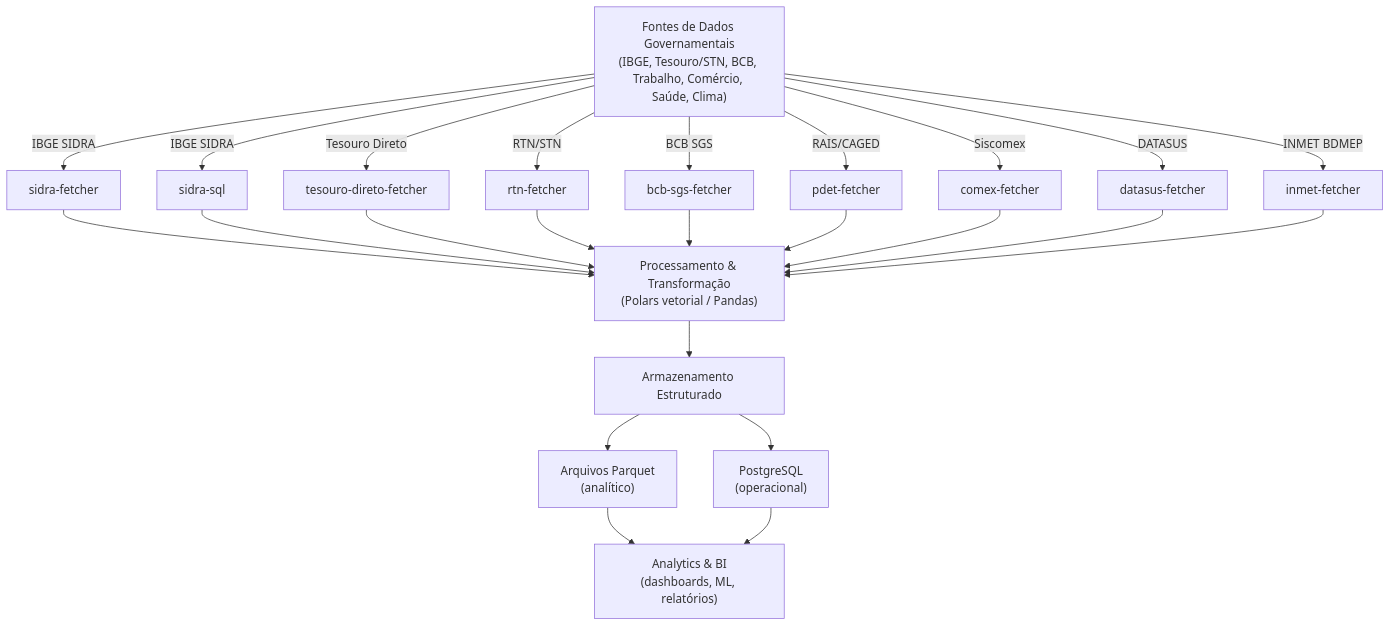
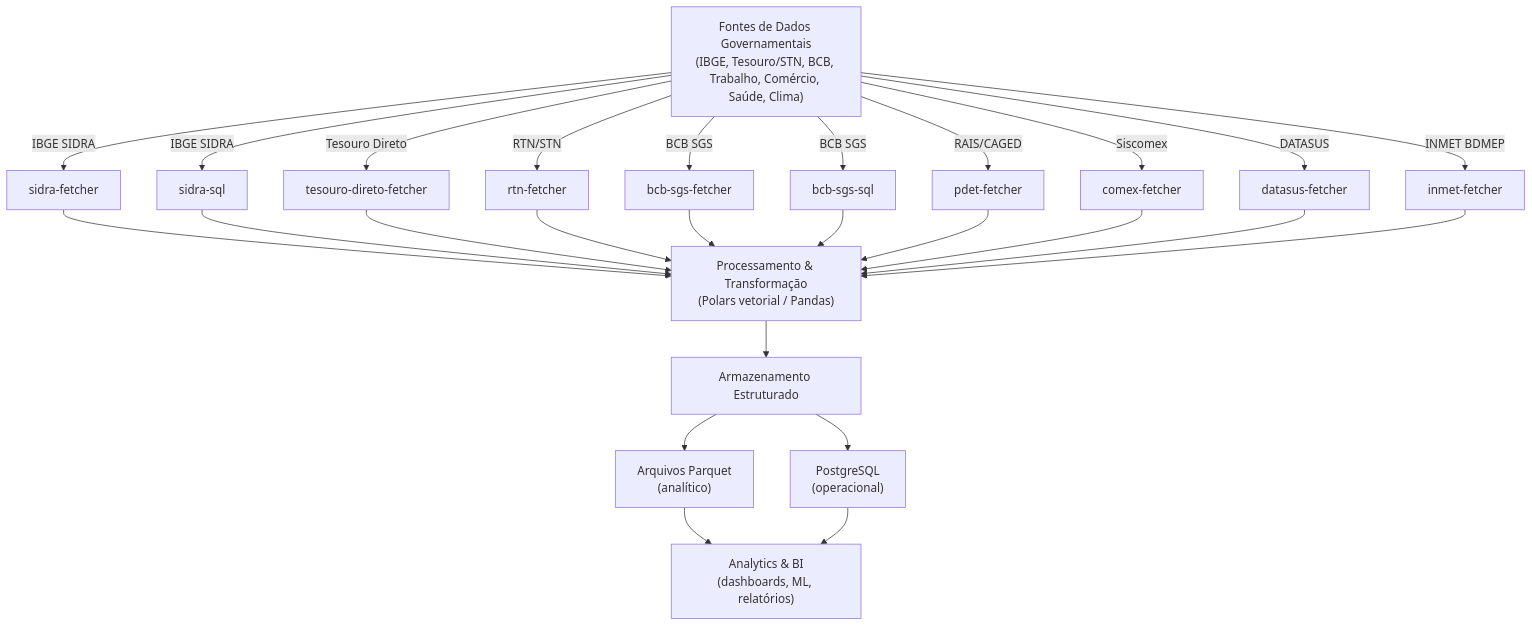
Before and after one commit to Quantilica/docs: the first of 6 diagrams in docs/concepts/arquitetura.md, drawn with Mermaid. The commit also changed other lines of this file and 9 other files, not shown here.

First line of the commit message:
docs: páginas do bcb-sgs-sql + remoção de Parquet do stack BCB

````diff
--- a/docs/concepts/arquitetura.md
+++ b/docs/concepts/arquitetura.md
@@ -7,31 +7,33 @@
 ```mermaid
 graph TD
     Sources["Fontes de Dados Governamentais<br/>(IBGE, Tesouro/STN, BCB, Trabalho, Comércio, Saúde, Clima)"]
 
     Sources -->|IBGE SIDRA| SF["sidra-fetcher"]
     Sources -->|IBGE SIDRA| SQL["sidra-sql"]
     Sources -->|Tesouro Direto| TD["tesouro-direto-fetcher"]
     Sources -->|RTN/STN| RTN["rtn-fetcher"]
     Sources -->|BCB SGS| BCB["bcb-sgs-fetcher"]
+    Sources -->|BCB SGS| BCBSQL["bcb-sgs-sql"]
     Sources -->|RAIS/CAGED| PD["pdet-fetcher"]
     Sources -->|Siscomex| CX["comex-fetcher"]
     Sources -->|DATASUS| DS["datasus-fetcher"]
     Sources -->|INMET BDMEP| IN["inmet-fetcher"]
 
     SF --> Processing["Processamento & Transformação<br/>(Polars vetorial / Pandas)"]
     SQL --> Processing
     TD --> Processing
     RTN --> Processing
     BCB --> Processing
+    BCBSQL --> Processing
     PD --> Processing
     CX --> Processing
     DS --> Processing
     IN --> Processing
 
     Processing --> Storage["Armazenamento Estruturado"]
     Storage --> PQ["Arquivos Parquet<br/>(analítico)"]
     Storage --> PG["PostgreSQL<br/>(operacional)"]
 
     PQ --> Analytics["Analytics & BI<br/>(dashboards, ML, relatórios)"]
     PG --> Analytics
 ```
````
